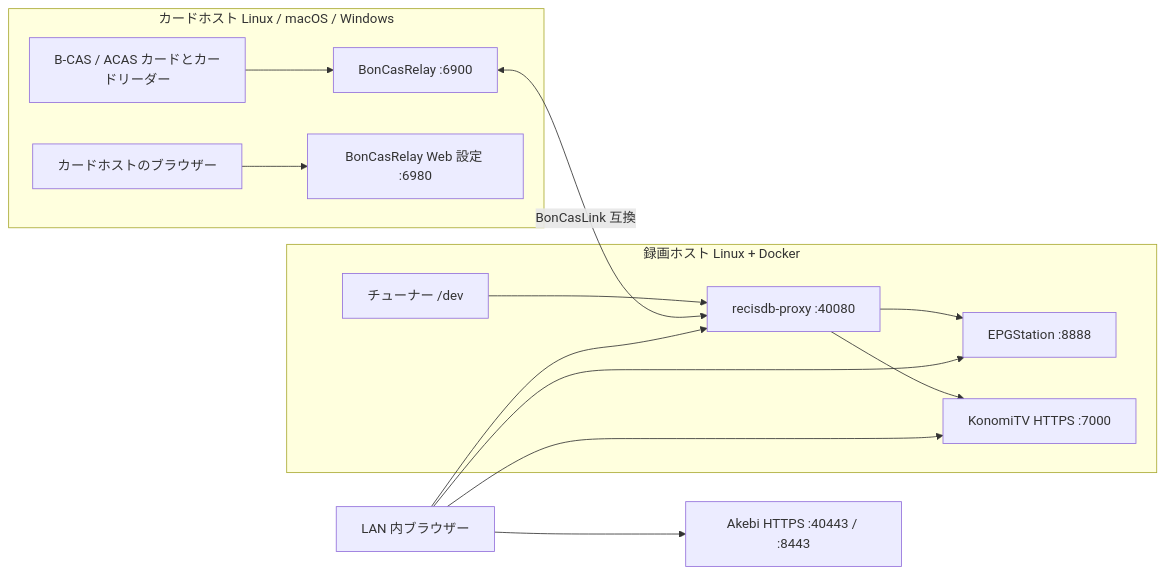
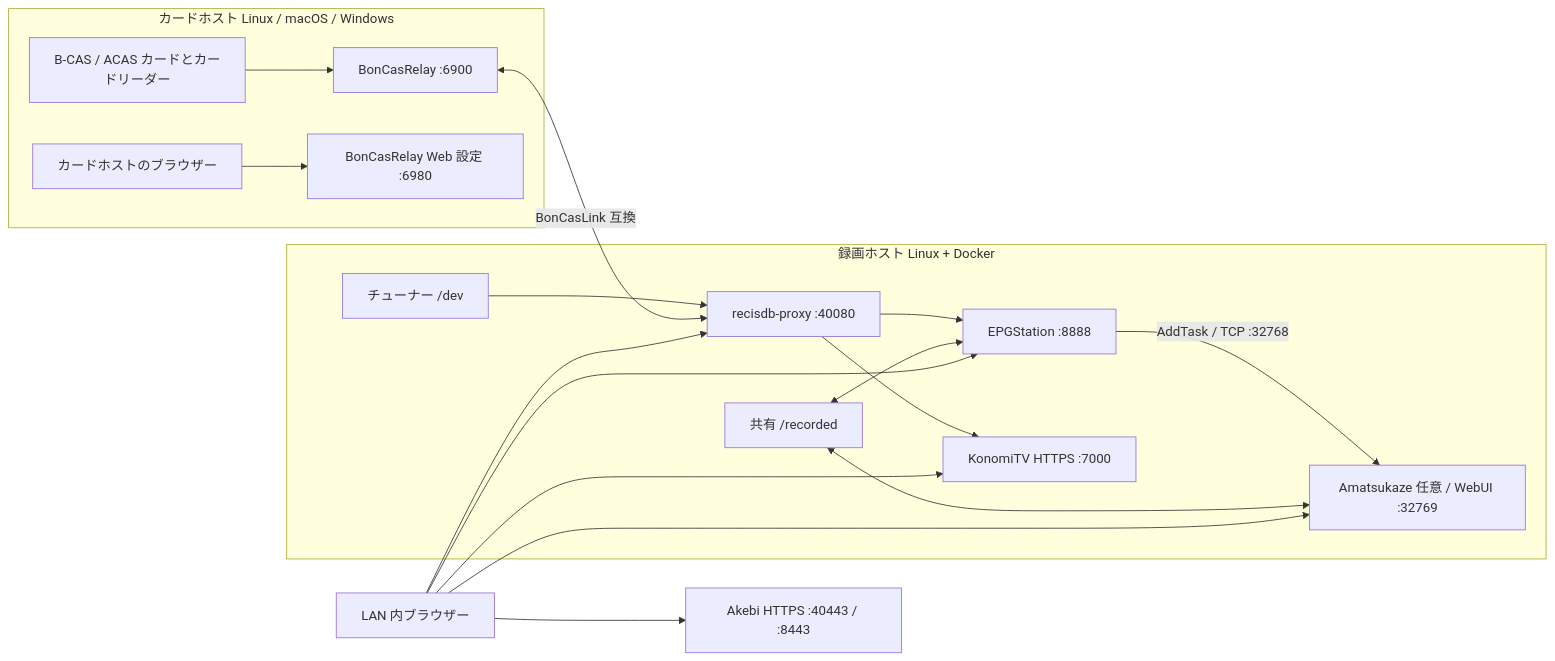
One commit to stuayu/docker-recisdb-epgstation-konomitv changed the diagram in README.md. Above: the diagram before and after it, drawn with Mermaid. The commit also changed other lines of this file and 16 other files, not shown here.

````diff
--- a/README.md
+++ b/README.md
@@ -7,17 +7,21 @@
 ```mermaid
 flowchart LR
   subgraph card[カードホスト Linux / macOS / Windows]
     cas[B-CAS / ACAS カードとカードリーダー] --> relay[BonCasRelay :6900]
     web[カードホストのブラウザー] --> relayui[BonCasRelay Web 設定 :6980]
   end
   subgraph host[録画ホスト Linux + Docker]
     tuner[チューナー /dev] --> proxy[recisdb-proxy :40080]
     relay <-->|BonCasLink 互換| proxy
     proxy --> epg[EPGStation :8888]
     proxy --> tv[KonomiTV HTTPS :7000]
+    epg -->|AddTask / TCP :32768| ama[Amatsukaze 任意 / WebUI :32769]
+    recordings[共有 /recorded] <--> epg
+    recordings <--> ama
   end
   browser[LAN 内ブラウザー] --> proxy
   browser --> epg
   browser --> tv
+  browser --> ama
   browser --> gateway[Akebi HTTPS :40443 / :8443]
 ```
````
